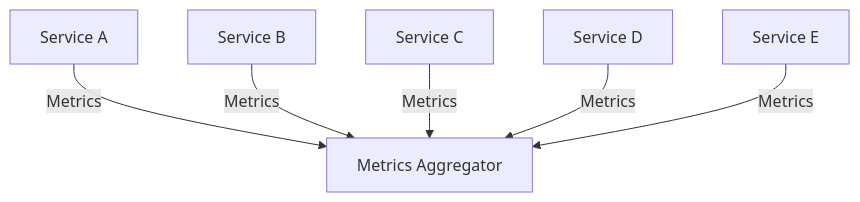
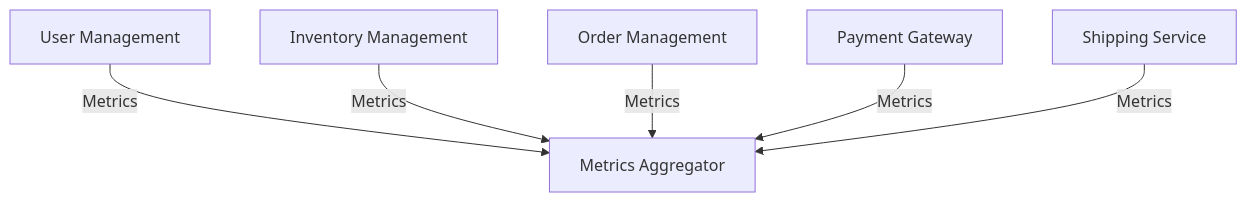
One commit to VladoSkoko/microservice-design-patterns changed the first of 2 diagrams in 13 Metrics Aggregation.md. Above: the diagram before and after it, drawn with Mermaid. The commit also changed other lines of this file, not shown here.

Commit message:
Update 13 Metrics Aggregation.md

````diff
--- a/13 Metrics Aggregation.md
+++ b/13 Metrics Aggregation.md
@@ -33,15 +48,15 @@
 ```mermaid
 graph TB
-  ServiceA[Service A]
-  ServiceB[Service B]
-  ServiceC[Service C]
-  ServiceD[Service D]
-  ServiceE[Service E]
-  Aggregator[Metrics Aggregator]
+  UserManagement[User Management]
+  InventoryManagement[Inventory Management]
+  OrderManagement[Order Management]
+  PaymentGateway[Payment Gateway]
+  ShippingService[Shipping Service]
+  MetricsAggregator[Metrics Aggregator]
 
-  ServiceA -->|Metrics| Aggregator
-  ServiceB -->|Metrics| Aggregator
-  ServiceC -->|Metrics| Aggregator
-  ServiceD -->|Metrics| Aggregator
-  ServiceE -->|Metrics| Aggregator
+  UserManagement -->|Metrics| MetricsAggregator
+  InventoryManagement -->|Metrics| MetricsAggregator
+  OrderManagement -->|Metrics| MetricsAggregator
+  PaymentGateway -->|Metrics| MetricsAggregator
+  ShippingService -->|Metrics| MetricsAggregator
 ```
````
